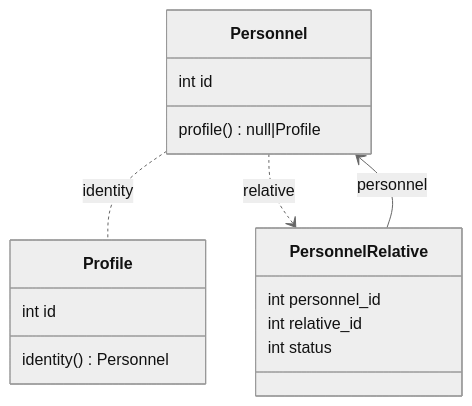
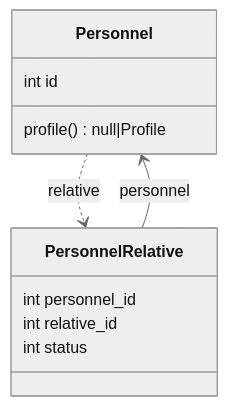
The fifth of 7 diagrams in database/README.md (creasico/laravel-base), drawn with Mermaid (neutral theme) before and after one commit. The commit also changed other lines of this file and 70 other files, not shown here.

````diff
--- a/database/README.md
+++ b/database/README.md
@@ -338,20 +329,15 @@
 ```mermaid
 classDiagram
-    Personnel .. Profile : identity
     Personnel ..> PersonnelRelative : relative
     PersonnelRelative --> Personnel : personnel
 
     class Personnel {
         int id
         profile() null|Profile
     }
-    class Profile {
-        int id
-        identity() Personnel
-    }
     class PersonnelRelative {
         int personnel_id
         int relative_id
         int status
     }
 ```
````
